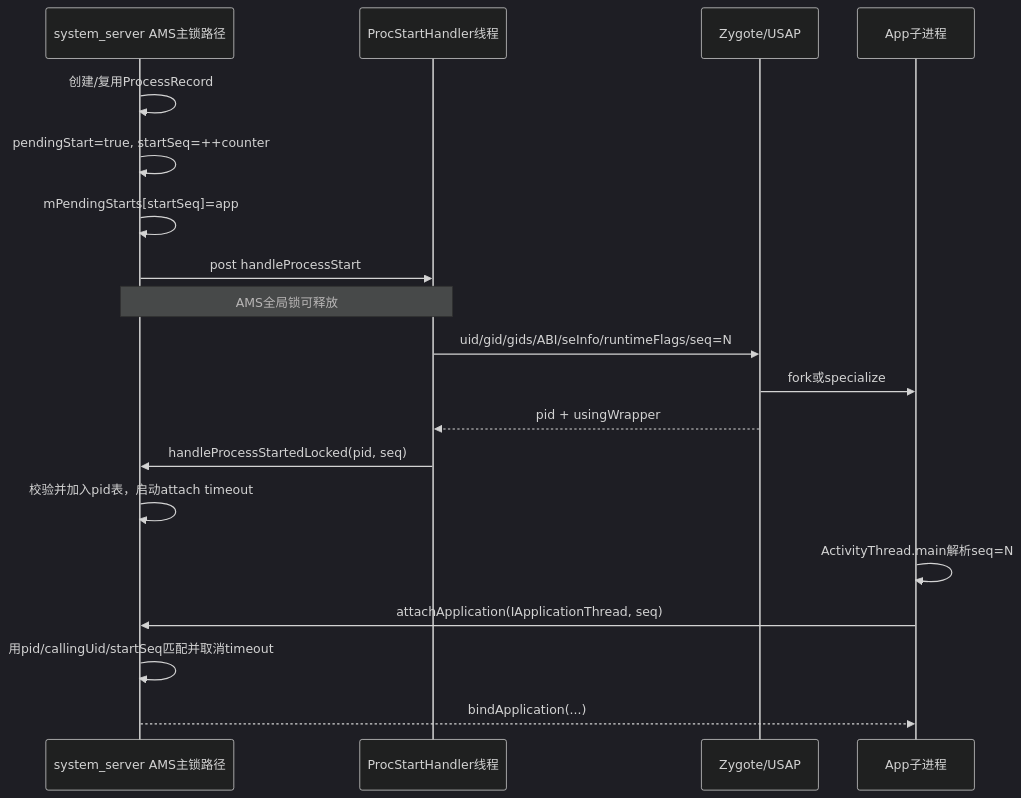
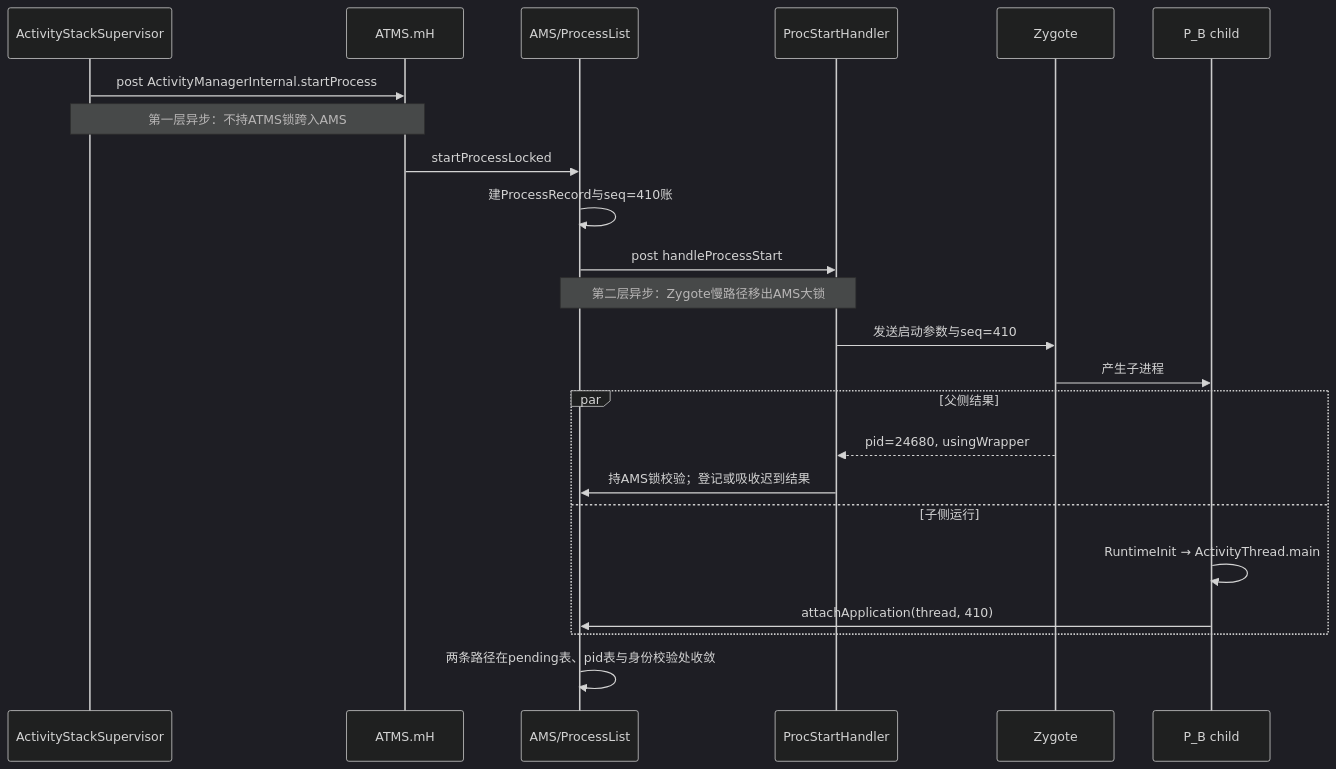
The diagram in Android源码学习/206-AndroidProcessList进程启动账本Zygote参数与startSeq防串账.md (junyingzhao001/StudyNotes), drawn with Mermaid (dark theme) before and after one commit. The commit also changed other lines of this file and 116 other files, not shown here.

````diff
--- a/Android源码学习/206-AndroidProcessList进程启动账本Zygote参数与startSeq防串账.md
+++ b/Android源码学习/206-AndroidProcessList进程启动账本Zygote参数与startSeq防串账.md
@@ -39,21 +102,26 @@
 ```mermaid
 sequenceDiagram
-  participant AM as system_server AMS主锁路径
-  participant PH as ProcStartHandler线程
-  participant Z as Zygote/USAP
-  participant C as App子进程
-  AM->>AM: 创建/复用ProcessRecord
-  AM->>AM: pendingStart=true, startSeq=++counter
-  AM->>AM: mPendingStarts[startSeq]=app
-  AM->>PH: post handleProcessStart
-  Note over AM,PH: AMS全局锁可释放
-  PH->>Z: uid/gid/gids/ABI/seInfo/runtimeFlags/seq=N
-  Z->>C: fork或specialize
-  Z-->>PH: pid + usingWrapper
-  PH->>AM: handleProcessStartedLocked(pid, seq)
-  AM->>AM: 校验并加入pid表，启动attach timeout
-  C->>C: ActivityThread.main解析seq=N
-  C->>AM: attachApplication(IApplicationThread, seq)
-  AM->>AM: 用pid/callingUid/startSeq匹配并取消timeout
-  AM-->>C: bindApplication(...)
+    participant AS as ActivityStackSupervisor
+    participant AH as ATMS.mH
+    participant AM as AMS/ProcessList
+    participant PH as ProcStartHandler
+    participant Z as Zygote
+    participant C as P_B child
+
+    AS->>AH: post ActivityManagerInternal.startProcess
+    Note over AS,AH: 第一层异步：不持ATMS锁跨入AMS
+    AH->>AM: startProcessLocked
+    AM->>AM: 建ProcessRecord与seq=410账
+    AM->>PH: post handleProcessStart
+    Note over AM,PH: 第二层异步：Zygote慢路径移出AMS大锁
+    PH->>Z: 发送启动参数与seq=410
+    Z->>C: 产生子进程
+    par 父侧结果
+        Z-->>PH: pid=24680, usingWrapper
+        PH->>AM: 持AMS锁校验；登记或吸收迟到结果
+    and 子侧运行
+        C->>C: RuntimeInit → ActivityThread.main
+        C->>AM: attachApplication(thread, 410)
+    end
+    AM->>AM: 两条路径在pending表、pid表与身份校验处收敛
 ```
````
